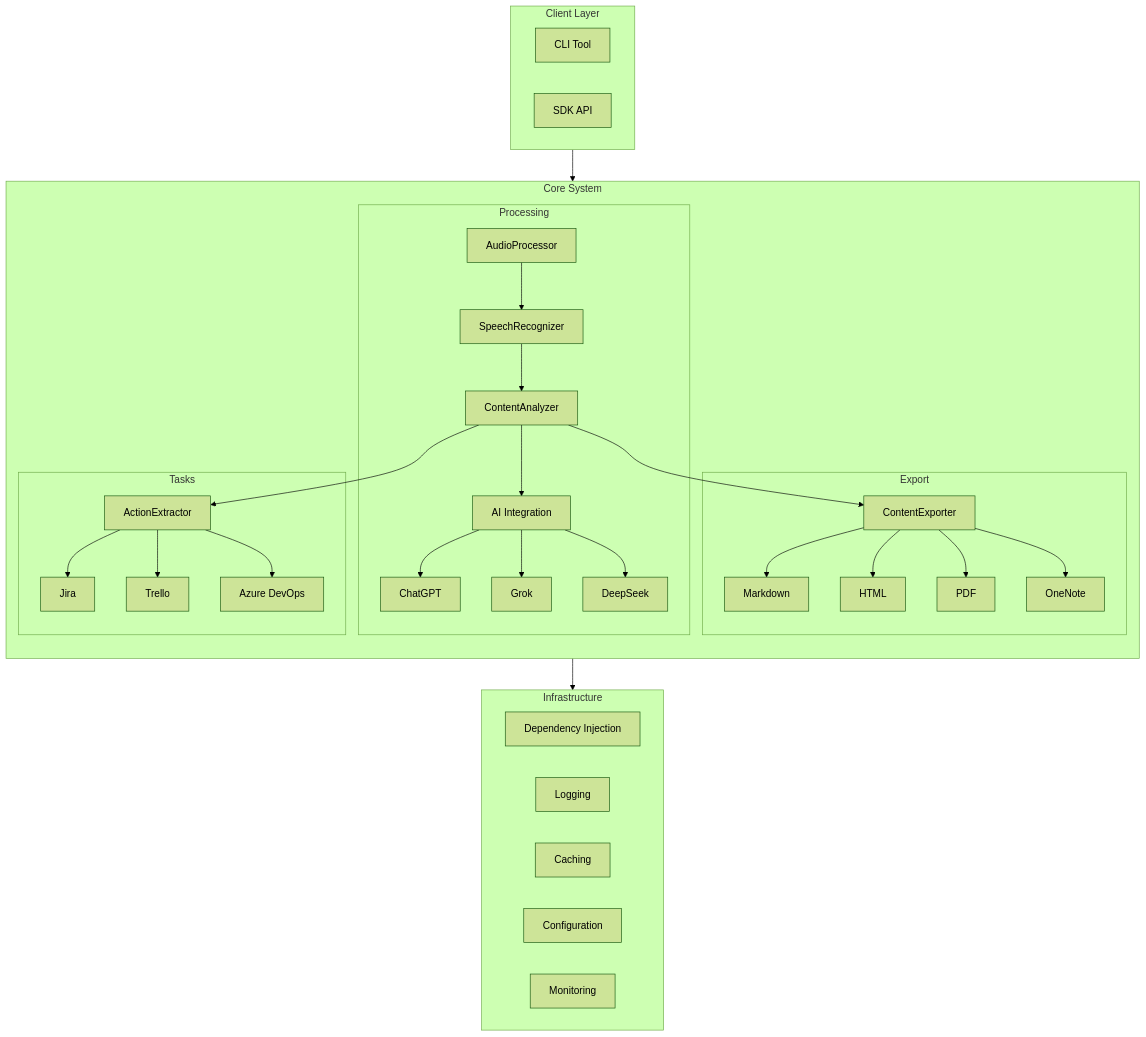
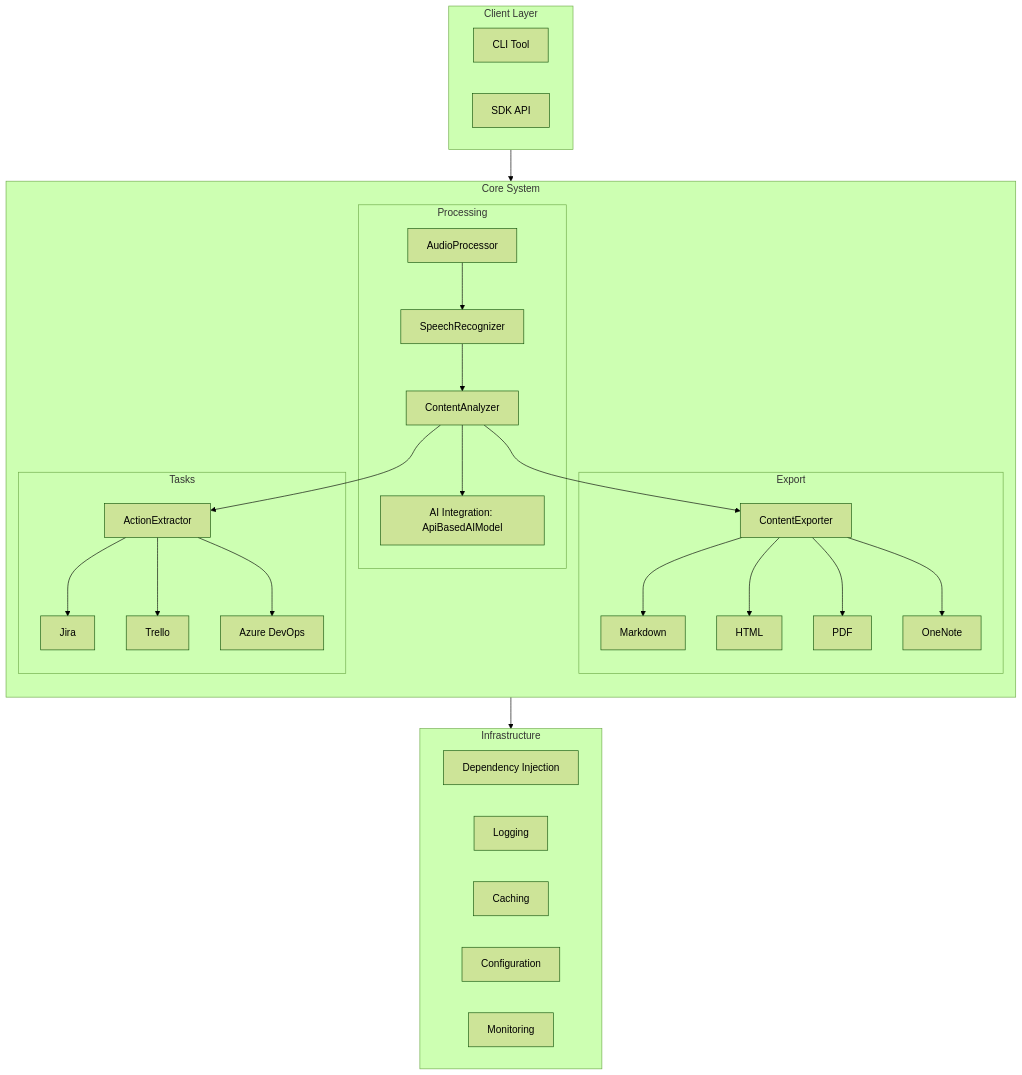
The first of 5 diagrams in docs/architecture.md (aspose-note/Aspose.MeetingNotes-for-.NET), drawn with Mermaid (forest theme) before and after one commit. The commit also changed other lines of this file and 14 other files, not shown here.

Commit message:
feat: migrate to unified ApiBasedAIModel with configurable AIModelOptions

````diff
--- a/docs/architecture.md
+++ b/docs/architecture.md
@@ -5,64 +6,58 @@
 ```mermaid
 graph TB
     subgraph Client["Client Layer"]
         CLI[CLI Tool]
         SDK[SDK API]
     end
 
     subgraph Core["Core System"]
         direction TB
         subgraph Processing["Processing"]
             AP[AudioProcessor]
             SR[SpeechRecognizer]
             CA[ContentAnalyzer]
-            AI[AI Integration]
-            AI1[ChatGPT]
-            AI2[Grok]
-            AI3[DeepSeek]
+            AI[AI Integration: ApiBasedAIModel]
         end
 
         subgraph Export["Export"]
             CE[ContentExporter]
             E1[Markdown]
             E2[HTML]
             E3[PDF]
             E4[OneNote]
         end
 
         subgraph Tasks["Tasks"]
             AE[ActionExtractor]
             T1[Jira]
             T2[Trello]
             T3[Azure DevOps]
         end
     end
 
     subgraph Infrastructure["Infrastructure"]
         DI[Dependency Injection]
         Log[Logging]
         Cache[Caching]
         Config[Configuration]
         Monitor[Monitoring]
     end
 
     Client --> Core
     Core --> Infrastructure
 
     AP --> SR
     SR --> CA
     CA --> AI
-    AI --> AI1
-    AI --> AI2
-    AI --> AI3
 
     CA --> CE
     CE --> E1
     CE --> E2
     CE --> E3
     CE --> E4
 
     CA --> AE
     AE --> T1
     AE --> T2
     AE --> T3
 ```
````
